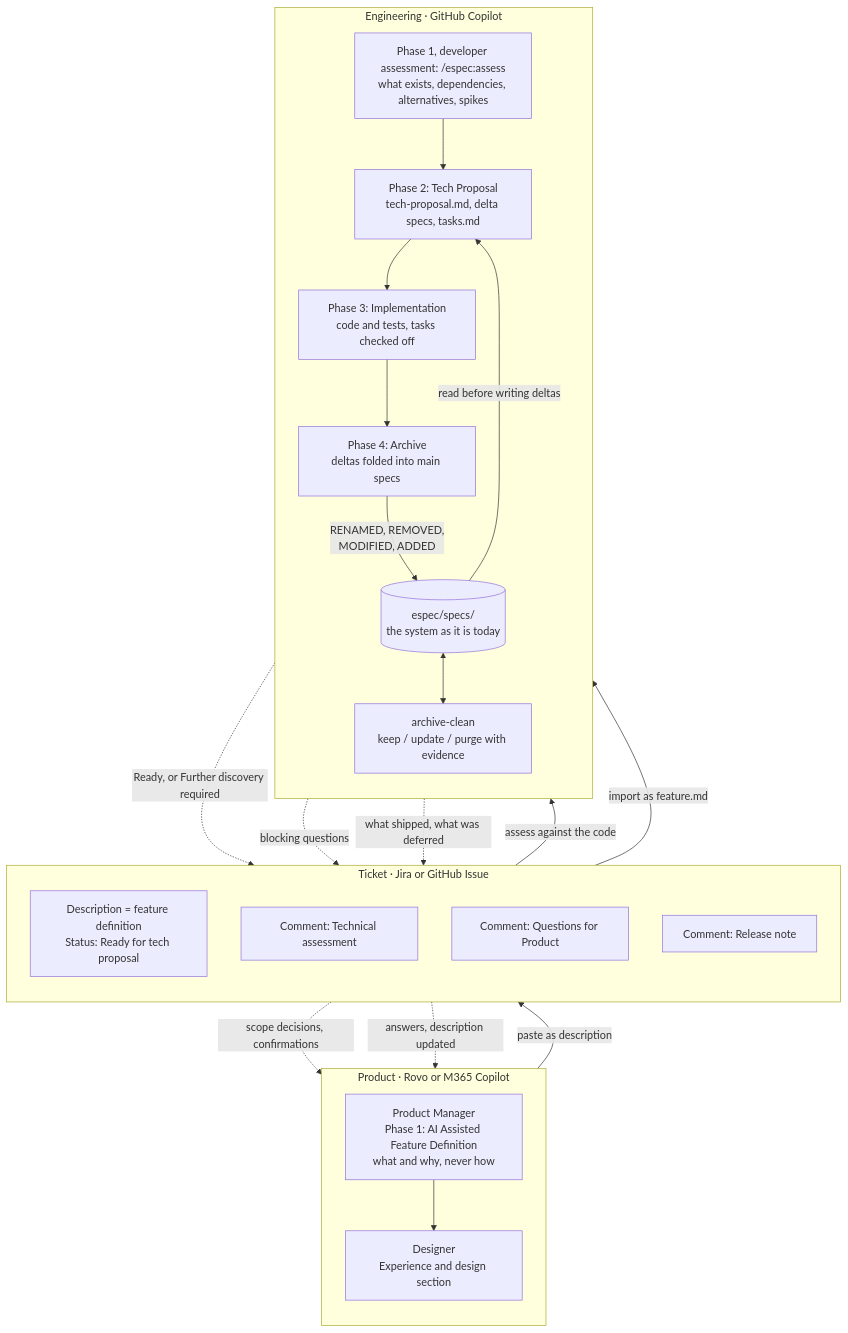
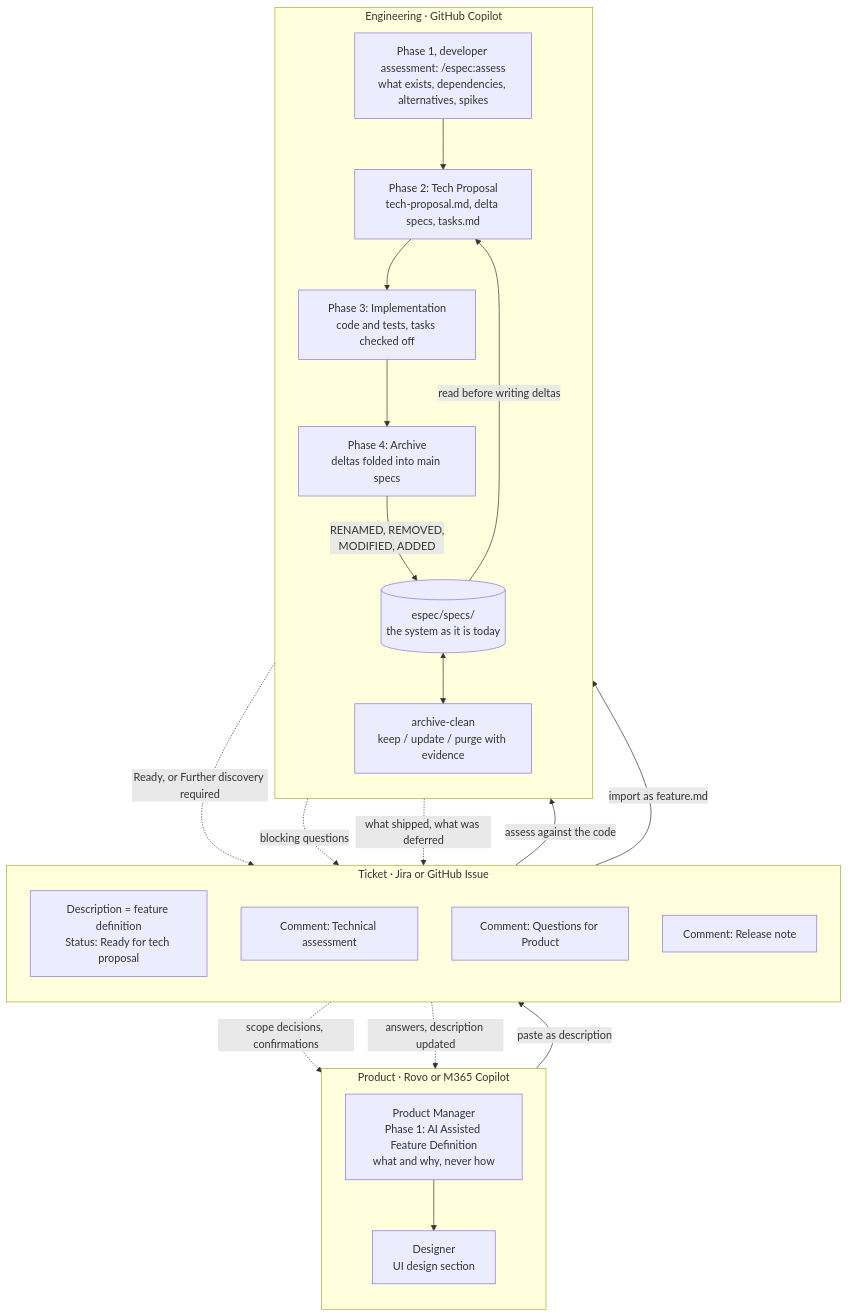
The diagram in docs/workflow.md (Mindera/Enterprise-Spec-Driven-Development), drawn with Mermaid before and after one commit. The commit also changed other lines of this file and 34 other files, not shown here.

````diff
--- a/docs/workflow.md
+++ b/docs/workflow.md
@@ -14,40 +14,40 @@
 ```mermaid
 flowchart TB
   subgraph Product["Product · Rovo or M365 Copilot"]
     direction TB
     PM["Product Manager<br/>Phase 1: AI Assisted Feature Definition<br/>what and why, never how"]
-    DS["Designer<br/>Experience and design section"]
+    DS["Designer<br/>UI design section"]
     PM --> DS
   end
 
   subgraph Ticket["Ticket · Jira or GitHub Issue"]
     direction TB
     TK["Description = feature definition<br/>Status: Ready for tech proposal"]
     TA["Comment: Technical assessment"]
     TQ["Comment: Questions for Product"]
     TR["Comment: Release note"]
   end
 
   subgraph Eng["Engineering · GitHub Copilot"]
     direction TB
     AS["Phase 1, developer assessment: /espec:assess<br/>what exists, dependencies, alternatives, spikes"]
     TP["Phase 2: Tech Proposal<br/>tech-proposal.md, delta specs, tasks.md"]
     IM["Phase 3: Implementation<br/>code and tests, tasks checked off"]
     AR["Phase 4: Archive<br/>deltas folded into main specs"]
     MS[("espec/specs/<br/>the system as it is today")]
     AC["archive-clean<br/>keep / update / purge with evidence"]
     AS --> TP --> IM --> AR
     AR -->|"RENAMED, REMOVED,<br/>MODIFIED, ADDED"| MS
     MS -->|"read before writing deltas"| TP
     MS <--> AC
   end
 
   DS -->|"paste as description"| TK
   TK -->|"assess against the code"| AS
   AS -.->|"Ready, or Further discovery required"| TA
   TA -.->|"scope decisions, confirmations"| PM
   TK -->|"import as feature.md"| TP
   TP -.->|"blocking questions"| TQ
   TQ -.->|"answers, description updated"| PM
   AR -.->|"what shipped, what was deferred"| TR
 ```
````
